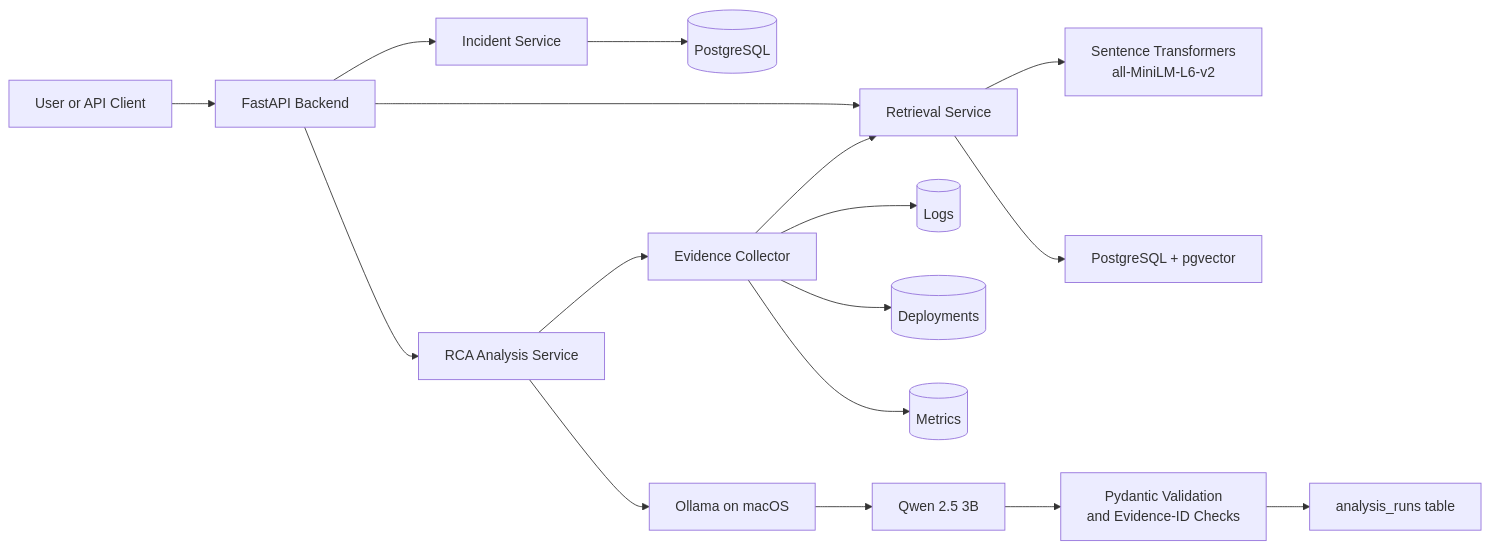
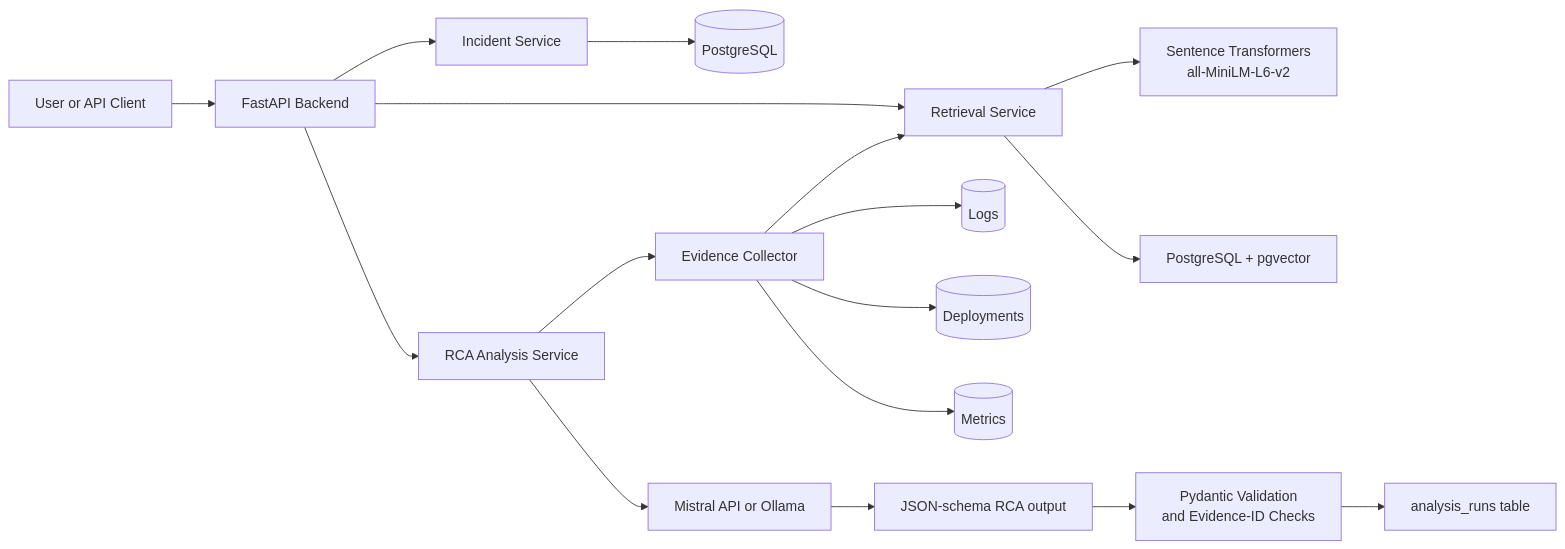
Before and after one commit to crakkx/incidentpilot-ai: the diagram in README.md, drawn with Mermaid. The commit also changed other lines of this file and 21 other files, not shown here.

Commit message:
Dev Dashboard, Mistral Client API, Schema changes

```diff
--- a/README.md
+++ b/README.md
@@ -60,42 +60,42 @@
 ~~~mermaid
 flowchart LR
     User[User or API Client] --> FastAPI[FastAPI Backend]
 
     FastAPI --> IncidentService[Incident Service]
     FastAPI --> RCAService[RCA Analysis Service]
     FastAPI --> RetrievalService[Retrieval Service]
 
     IncidentService --> PostgreSQL[(PostgreSQL)]
 
     RCAService --> EvidenceCollector[Evidence Collector]
     EvidenceCollector --> Logs[(Logs)]
     EvidenceCollector --> Deployments[(Deployments)]
     EvidenceCollector --> Metrics[(Metrics)]
     EvidenceCollector --> RetrievalService
 
     RetrievalService --> EmbeddingModel[
         Sentence Transformers
         all-MiniLM-L6-v2
     ]
 
     RetrievalService --> PGVector[
         PostgreSQL + pgvector
     ]
 
-    RCAService --> Ollama[
-        Ollama on macOS
+    RCAService --> LLMProvider[
+        Mistral API or Ollama
     ]
 
-    Ollama --> Qwen[
-        Qwen 2.5 3B
+    LLMProvider --> StructuredOutput[
+        JSON-schema RCA output
     ]
 
-    Qwen --> Validation[
+    StructuredOutput --> Validation[
         Pydantic Validation
         and Evidence-ID Checks
     ]
 
     Validation --> AnalysisRuns[
         analysis_runs table
     ]
 ~~~
```
